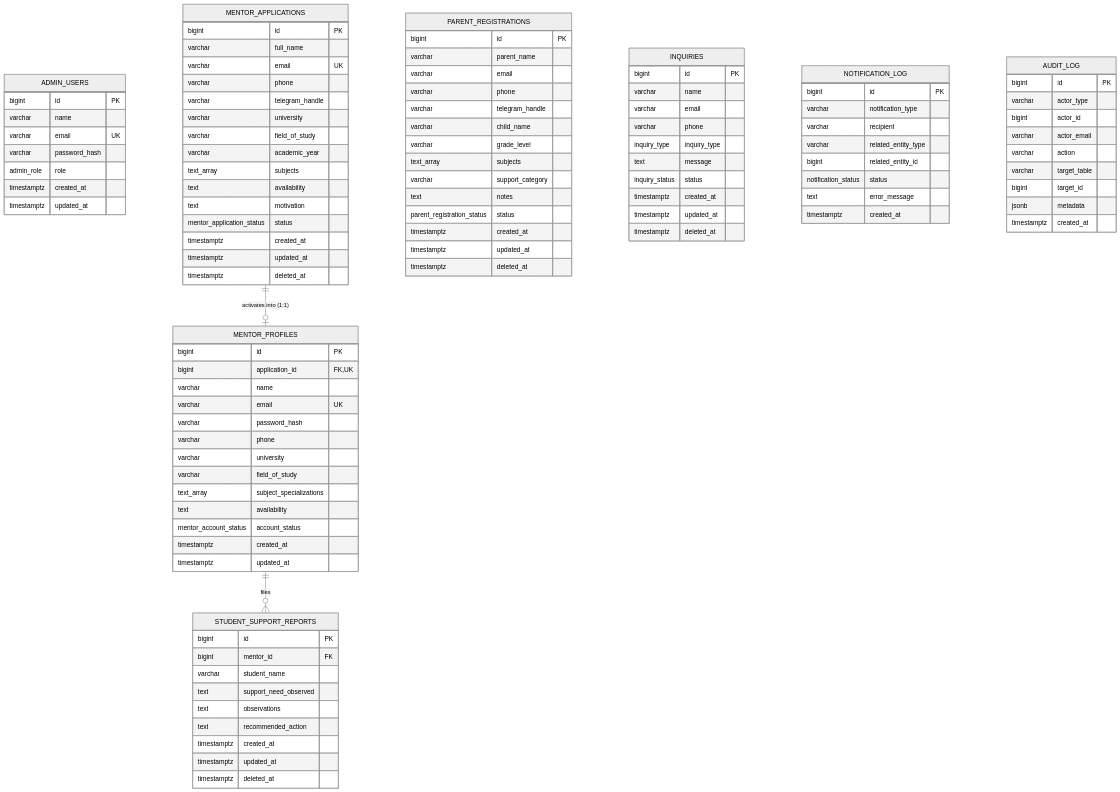
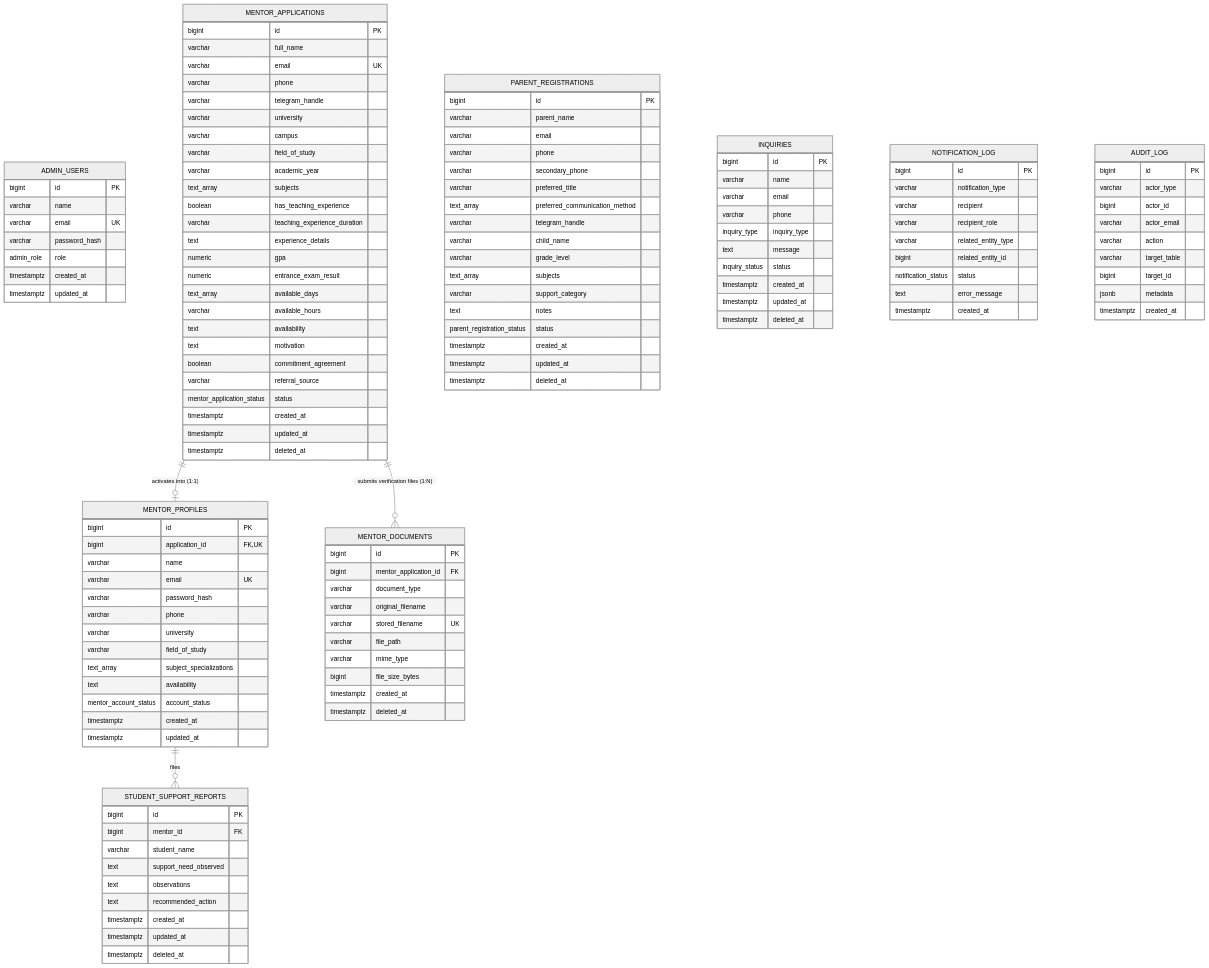
The diagram in docs/database.md (marakibelete15-a11y/bilunex), drawn with Mermaid (neutral theme) before and after one commit. The commit also changed other lines of this file and 3 other files, not shown here.

Commit message:
docs: update SRS to v1.1, API docs, database schema, and run guide

````diff
--- a/docs/database.md
+++ b/docs/database.md
@@ -25,11 +25,21 @@
         varchar phone
         varchar telegram_handle
         varchar university
+        varchar campus
         varchar field_of_study
         varchar academic_year
         text_array subjects
+        boolean has_teaching_experience
+        varchar teaching_experience_duration
+        text experience_details
+        numeric gpa
+        numeric entrance_exam_result
+        text_array available_days
+        varchar available_hours
         text availability
         text motivation
+        boolean commitment_agreement
+        varchar referral_source
         mentor_application_status status
         timestamptz created_at
         timestamptz updated_at
@@ -52,11 +62,27 @@
         timestamptz updated_at
     }
 
+    MENTOR_DOCUMENTS {
+        bigint id PK
+        bigint mentor_application_id FK
+        varchar document_type
+        varchar original_filename
+        varchar stored_filename UK
+        varchar file_path
+        varchar mime_type
+        bigint file_size_bytes
+        timestamptz created_at
+        timestamptz deleted_at
+    }
+
     PARENT_REGISTRATIONS {
         bigint id PK
         varchar parent_name
         varchar email
         varchar phone
+        varchar secondary_phone
+        varchar preferred_title
+        text_array preferred_communication_method
         varchar telegram_handle
         varchar child_name
         varchar grade_level
@@ -98,6 +124,7 @@
         bigint id PK
         varchar notification_type
         varchar recipient
+        varchar recipient_role
         varchar related_entity_type
         bigint related_entity_id
         notification_status status
@@ -118,5 +145,6 @@
     }
 
     MENTOR_APPLICATIONS ||--o| MENTOR_PROFILES : "activates into (1:1)"
+    MENTOR_APPLICATIONS ||--o{ MENTOR_DOCUMENTS : "submits verification files (1:N)"
     MENTOR_PROFILES ||--o{ STUDENT_SUPPORT_REPORTS : "files"
 ```
````
